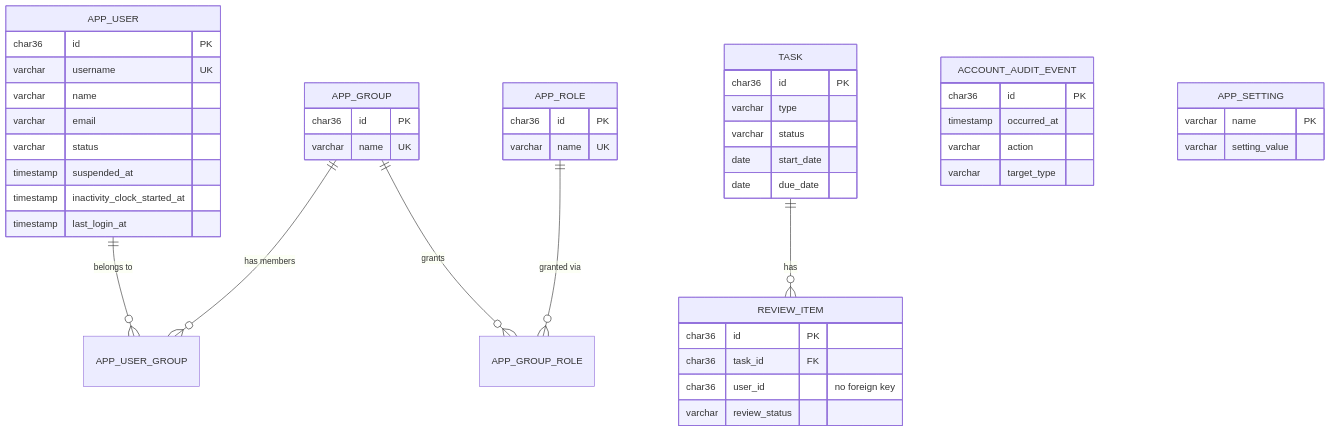
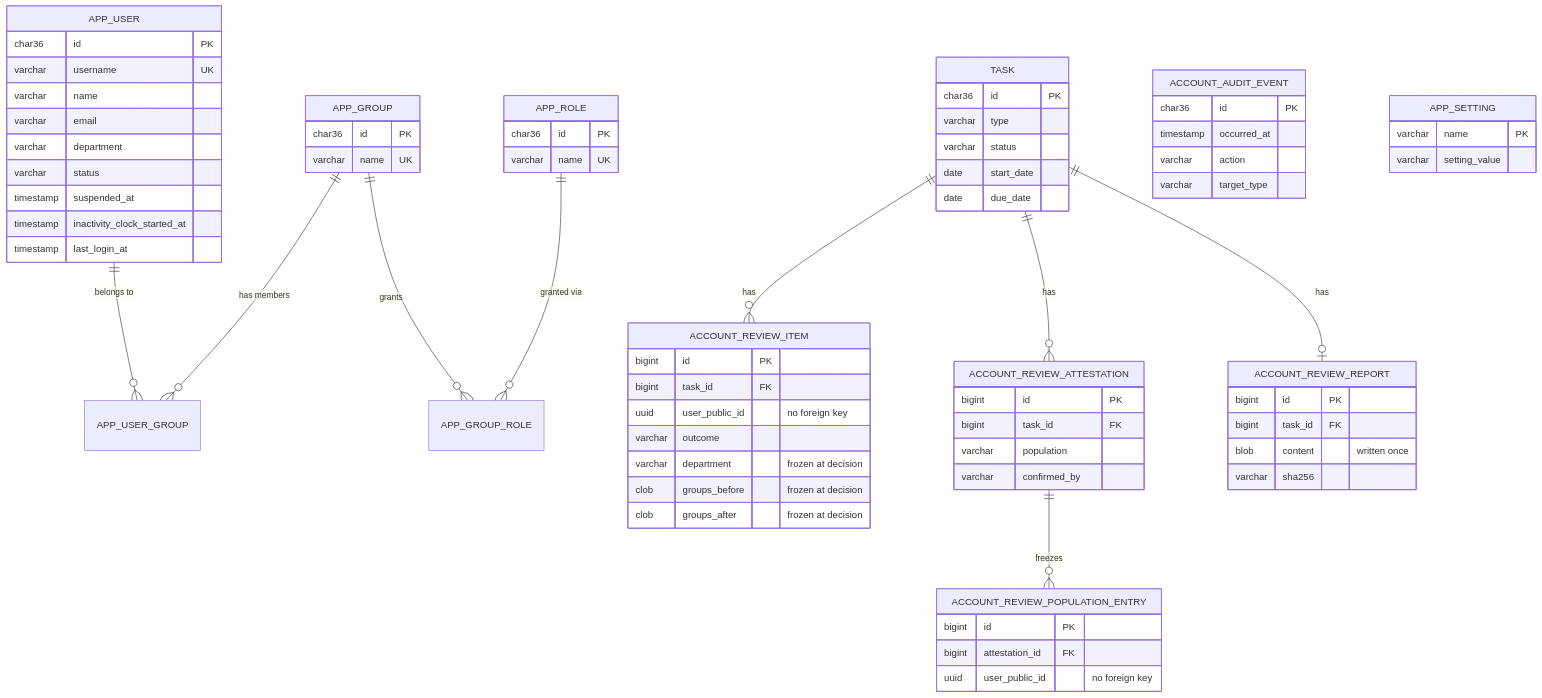
One commit to justin-tay/java-app-web-api-server-template changed the third of 4 diagrams in docs/system-design/05-building-block-view.md. Above: the diagram before and after it, drawn with Mermaid. The commit also changed other lines of this file and 6 other files, not shown here.

Commit message:
docs: describe the reworked account review in the system design

````diff
--- a/docs/system-design/05-building-block-view.md
+++ b/docs/system-design/05-building-block-view.md
@@ -137,50 +138,74 @@
 ```mermaid
 erDiagram
     APP_USER ||--o{ APP_USER_GROUP : "belongs to"
     APP_GROUP ||--o{ APP_USER_GROUP : "has members"
     APP_GROUP ||--o{ APP_GROUP_ROLE : "grants"
     APP_ROLE ||--o{ APP_GROUP_ROLE : "granted via"
-    TASK ||--o{ REVIEW_ITEM : "has"
+    TASK ||--o{ ACCOUNT_REVIEW_ITEM : "has"
+    TASK ||--o{ ACCOUNT_REVIEW_ATTESTATION : "has"
+    TASK ||--o| ACCOUNT_REVIEW_REPORT : "has"
+    ACCOUNT_REVIEW_ATTESTATION ||--o{ ACCOUNT_REVIEW_POPULATION_ENTRY : "freezes"
 
     APP_USER {
         char36 id PK
         varchar username UK
         varchar name
         varchar email
+        varchar department
         varchar status
         timestamp suspended_at
         timestamp inactivity_clock_started_at
         timestamp last_login_at
     }
     APP_GROUP {
         char36 id PK
         varchar name UK
     }
     APP_ROLE {
         char36 id PK
         varchar name UK
     }
     TASK {
         char36 id PK
         varchar type
         varchar status
         date start_date
         date due_date
     }
-    REVIEW_ITEM {
-        char36 id PK
-        char36 task_id FK
-        char36 user_id "no foreign key"
-        varchar review_status
+    ACCOUNT_REVIEW_ITEM {
+        bigint id PK
+        bigint task_id FK
+        uuid user_public_id "no foreign key"
+        varchar outcome
+        varchar department "frozen at decision"
+        clob groups_before "frozen at decision"
+        clob groups_after "frozen at decision"
+    }
+    ACCOUNT_REVIEW_ATTESTATION {
+        bigint id PK
+        bigint task_id FK
+        varchar population
+        varchar confirmed_by
+    }
+    ACCOUNT_REVIEW_POPULATION_ENTRY {
+        bigint id PK
+        bigint attestation_id FK
+        uuid user_public_id "no foreign key"
+    }
+    ACCOUNT_REVIEW_REPORT {
+        bigint id PK
+        bigint task_id FK
+        blob content "written once"
+        varchar sha256
     }
     ACCOUNT_AUDIT_EVENT {
         char36 id PK
         timestamp occurred_at
         varchar action
         varchar target_type
     }
     APP_SETTING {
         varchar name PK
         varchar setting_value
     }
 ```
````
